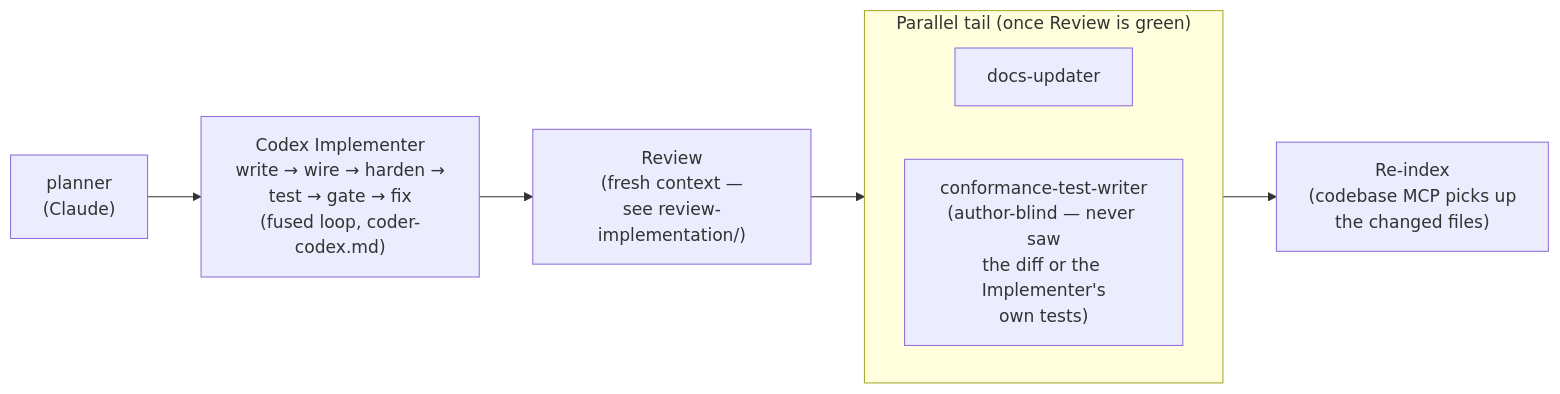
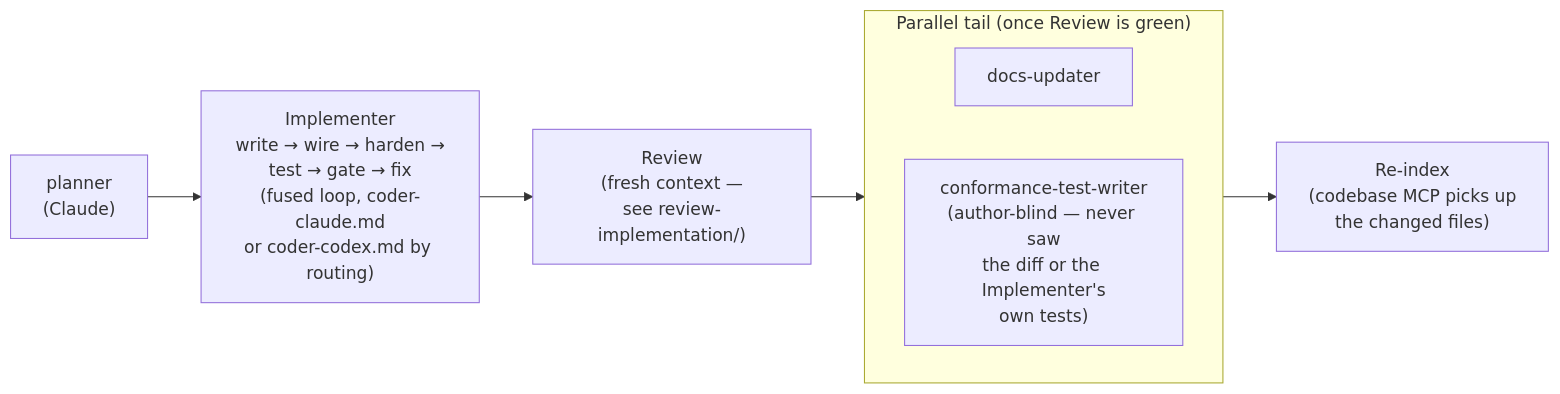
The diagram in .claude/agents/implementation/README.md (nodera-studio/glen), drawn with Mermaid before and after one commit. The commit also changed other lines of this file and 45 other files, not shown here.

````diff
--- a/.claude/agents/implementation/README.md
+++ b/.claude/agents/implementation/README.md
@@ -8,14 +8,14 @@
 ```mermaid
 flowchart LR
-    P["planner<br/>(Claude)"] --> I["Codex Implementer<br/>write → wire → harden →<br/>test → gate → fix<br/>(fused loop, coder-codex.md)"]
+    P["planner<br/>(Claude)"] --> I["Implementer<br/>write → wire → harden →<br/>test → gate → fix<br/>(fused loop, coder-claude.md<br/>or coder-codex.md by routing)"]
     I --> RV["Review<br/>(fresh context —<br/>see review-implementation/)"]
     RV --> TAIL
 
     subgraph TAIL["Parallel tail (once Review is green)"]
         direction LR
         D["docs-updater"]
         C["conformance-test-writer<br/>(author-blind — never saw<br/>the diff or the Implementer's<br/>own tests)"]
     end
 
     TAIL --> RE["Re-index<br/>(codebase MCP picks up<br/>the changed files)"]
 ```
````
